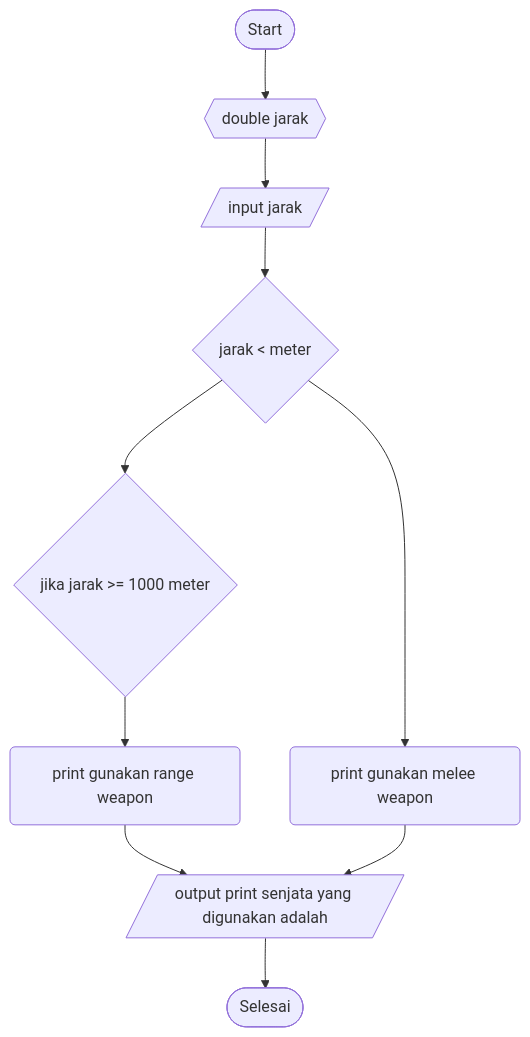
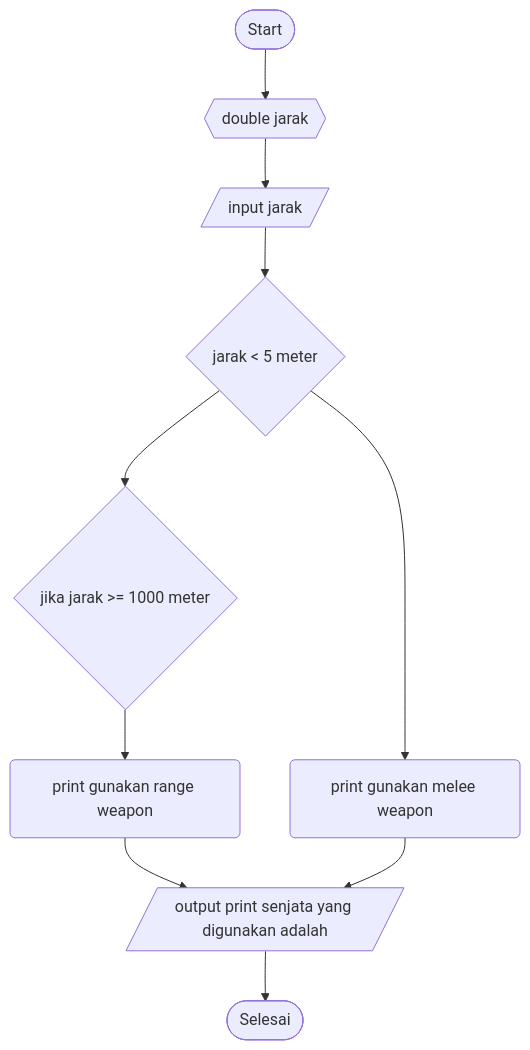
Before and after one commit to SATRIODIANNUGROHO/Sample2.1: the diagram in JustForFun.md, drawn with Mermaid.

````diff
--- a/JustForFun.md
+++ b/JustForFun.md
@@ -3,12 +3,12 @@
 ```mermaid
 graph TD;
     A([Start])-->B{{double jarak}};
     B{{double jarak}}-->C[/input jarak/];
     C[/input jarak/]-->D{jarak kurang dari 5 meter};
     D{jarak < 5 meter}-->E(print gunakan melee weapon);
-    D{jarak < meter}-->F{jika jarak >= 1000 meter};
+    D{jarak < 5 meter}-->F{jika jarak >= 1000 meter};
     F{jika jarak >= 1000 meter}-->G(print gunakan range weapon);
     G(print gunakan range weapon)-->H[/output print senjata yang digunakan adalah/];
     E(print gunakan melee weapon)-->H[/output print senjata yang digunakan adalah/];
     H[/output print senjata yang digunakan adalah/]-->I([Selesai]);
 ```
````
